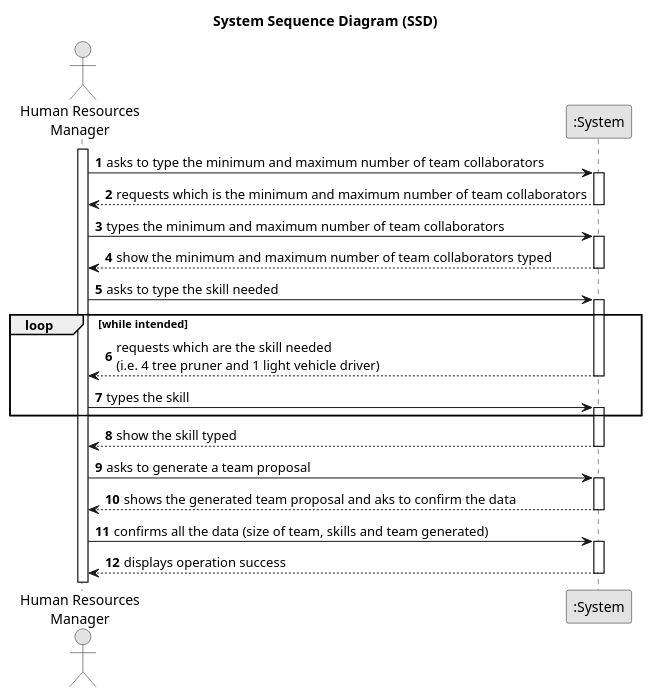
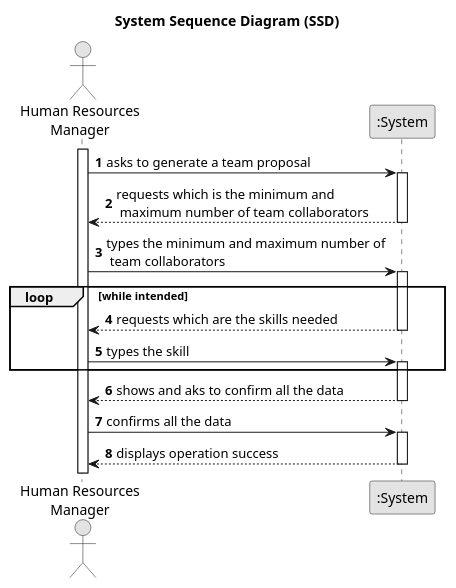
Before and after one commit to 1231360-ISEP/lei-24-s2-1db-g021: the diagram in docs/sprintA/us005/01.requirements-engineering/puml/us005-system-sequence-diagram.puml, drawn with PlantUML. The commit also changed 3 other files, not shown here.

```diff
--- a/docs/sprintA/us005/01.requirements-engineering/puml/us005-system-sequence-diagram.puml
+++ b/docs/sprintA/us005/01.requirements-engineering/puml/us005-system-sequence-diagram.puml
@@ -1,54 +1,42 @@
 @startuml
 skinparam monochrome true
 skinparam packageStyle rectangle
 skinparam shadowing false
 
 title System Sequence Diagram (SSD)
 
 autonumber
 
 actor "Human Resources\nManager" as HRM
 participant ":System" as System
 
 activate HRM
 
-    HRM -> System : asks to type the minimum and maximum number of team collaborators
+    HRM -> System : asks to generate a team proposal
     activate System
 
-        System --> HRM : requests which is the minimum and maximum number of team collaborators
+        System --> HRM : requests which is the minimum and\n maximum number of team collaborators
     deactivate System
 
-    HRM -> System : types the minimum and maximum number of team collaborators
-    activate System
-
-        System --> HRM : show the minimum and maximum number of team collaborators typed
-    deactivate System
-
-    HRM -> System : asks to type the skill needed
+    HRM -> System : types the minimum and maximum number of\n team collaborators
     activate System
 
     loop while intended
-            System --> HRM : requests which are the skill needed\n(i.e. 4 tree pruner and 1 light vehicle driver)
+            System --> HRM : requests which are the skills needed
         deactivate System
 
         HRM -> System : types the skill
         activate System
     end
 
-        System --> HRM : show the skill typed
-            deactivate System
-
-    HRM -> System : asks to generate a team proposal
-    activate System
-
-        System --> HRM : shows the generated team proposal and aks to confirm the data
+        System --> HRM : shows and aks to confirm all the data
     deactivate System
 
-    HRM -> System : confirms all the data (size of team, skills and team generated)
+    HRM -> System : confirms all the data
     activate System
 
         System --> HRM : displays operation success
     deactivate System
 
 
 @enduml
```
